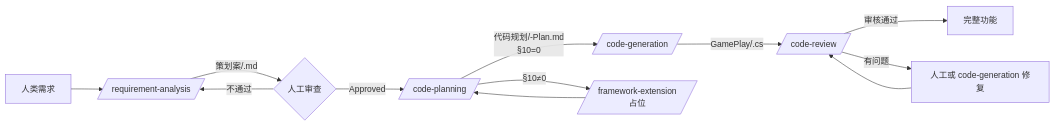
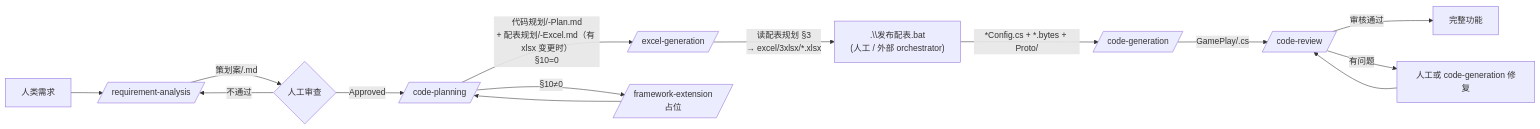
One commit to larito001/YFramework changed the diagram in .claude/skills/skill-chain-maintenance/SKILL.md. Above: the diagram before and after it, drawn with Mermaid. The commit also changed other lines of this file and 13 other files, not shown here.

````diff
--- a/.claude/skills/skill-chain-maintenance/SKILL.md
+++ b/.claude/skills/skill-chain-maintenance/SKILL.md
@@ -164,14 +214,16 @@
 ```mermaid
 flowchart LR
     H[人类需求] --> RA[/requirement-analysis/]
     RA -->|策划案/<id>.md| MR{人工审查}
     MR -->|不通过| RA
     MR -->|Approved| CP[/code-planning/]
-    CP -->|代码规划/<id>-Plan.md<br/>§10=0| CG[/code-generation/]
+    CP -->|代码规划/<id>-Plan.md<br/>+ 配表规划/<id>-Excel.md（有 xlsx 变更时）<br/>§10=0| EG[/excel-generation/]
+    EG -->|读配表规划 §3<br/>→ excel/3xlsx/*.xlsx| PUB[".\\发布配表.bat<br/>(人工 / 外部 orchestrator)"]
+    PUB -->|*Config.cs + *.bytes + Proto/| CG[/code-generation/]
     CP -->|§10≠0| FX[/framework-extension<br/>占位/]
     FX --> CP
     CG -->|GamePlay/.cs| CR[/code-review/]
     CR -->|审核通过| DONE[完整功能]
     CR -->|有问题| FIX[人工或 code-generation 修复]
     FIX --> CR
 ```
````
